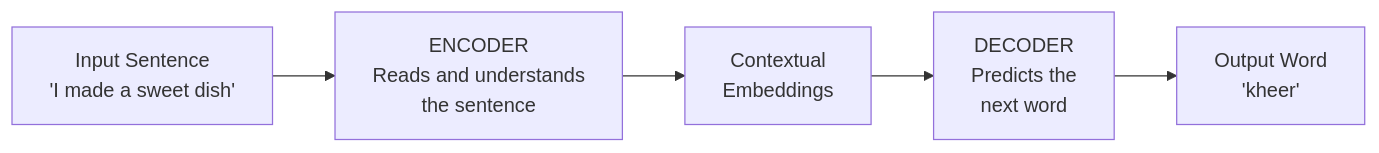
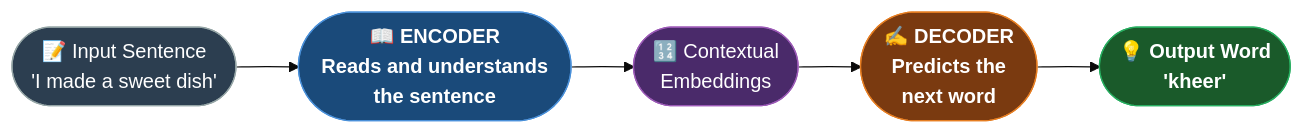
One commit to vishalsehgalvs/Artificial_Intelligence changed the third of 9 diagrams in 01_LangChain_LLMs_and_Prompts/transformer.md. Above: the diagram before and after it, drawn with Mermaid. The commit also changed other lines of this file, not shown here.

````diff
--- a/01_LangChain_LLMs_and_Prompts/transformer.md
+++ b/01_LangChain_LLMs_and_Prompts/transformer.md
@@ -145,7 +165,20 @@
 ```mermaid
+%%{init: {'theme': 'base'}}%%
 flowchart LR
-    Input["Input Sentence\n'I made a sweet dish'"] --> Encoder
-    Encoder["ENCODER\nReads and understands\nthe sentence"] --> ContextEmb["Contextual\nEmbeddings"]
+    Input(["📝 Input Sentence\n'I made a sweet dish'"]) --> Encoder
+    Encoder(["📖 ENCODER\nReads and understands\nthe sentence"]) --> ContextEmb(["🔢 Contextual\nEmbeddings"])
     ContextEmb --> Decoder
-    Decoder["DECODER\nPredicts the\nnext word"] --> Output["Output Word\n'kheer'"]
+    Decoder(["✍️ DECODER\nPredicts the\nnext word"]) --> Output(["💡 Output Word\n'kheer'"])
+
+    classDef input   fill:#2c3e50,stroke:#95a5a6,color:#ffffff
+    classDef encoder fill:#1a4a7a,stroke:#4A90D9,color:#ffffff,font-weight:bold
+    classDef middle  fill:#4a2a6a,stroke:#9B59B6,color:#ffffff
+    classDef decoder fill:#7a3a10,stroke:#E67E22,color:#ffffff,font-weight:bold
+    classDef out     fill:#1a5a2a,stroke:#27AE60,color:#ffffff,font-weight:bold
+
+    class Input input
+    class Encoder encoder
+    class ContextEmb middle
+    class Decoder decoder
+    class Output out
 ```
````
